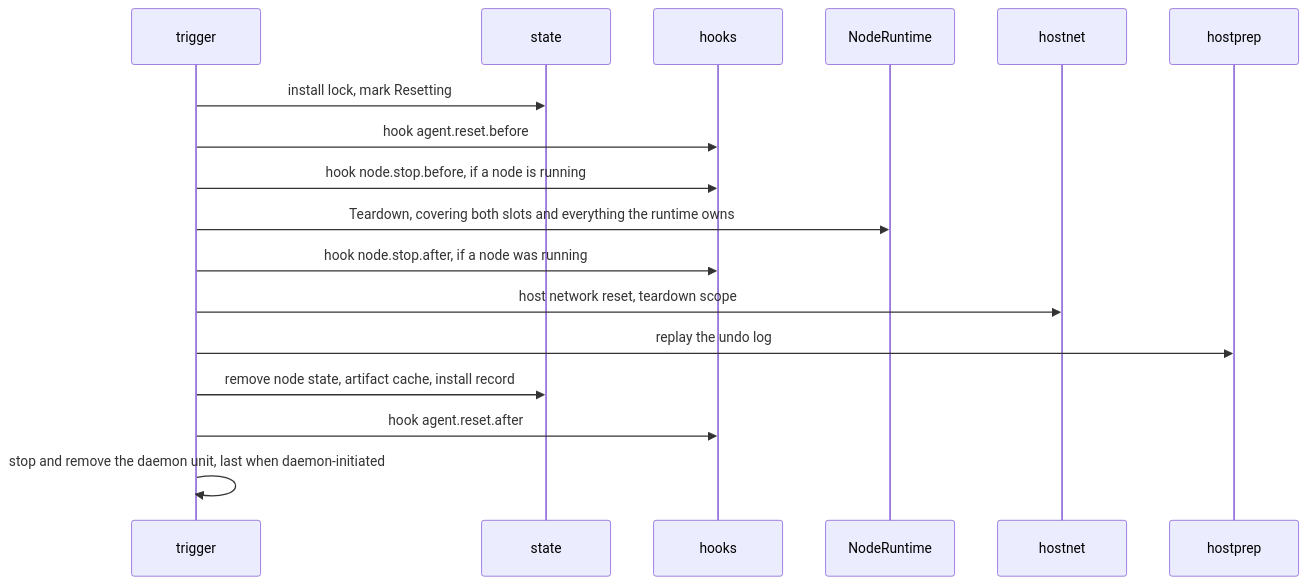
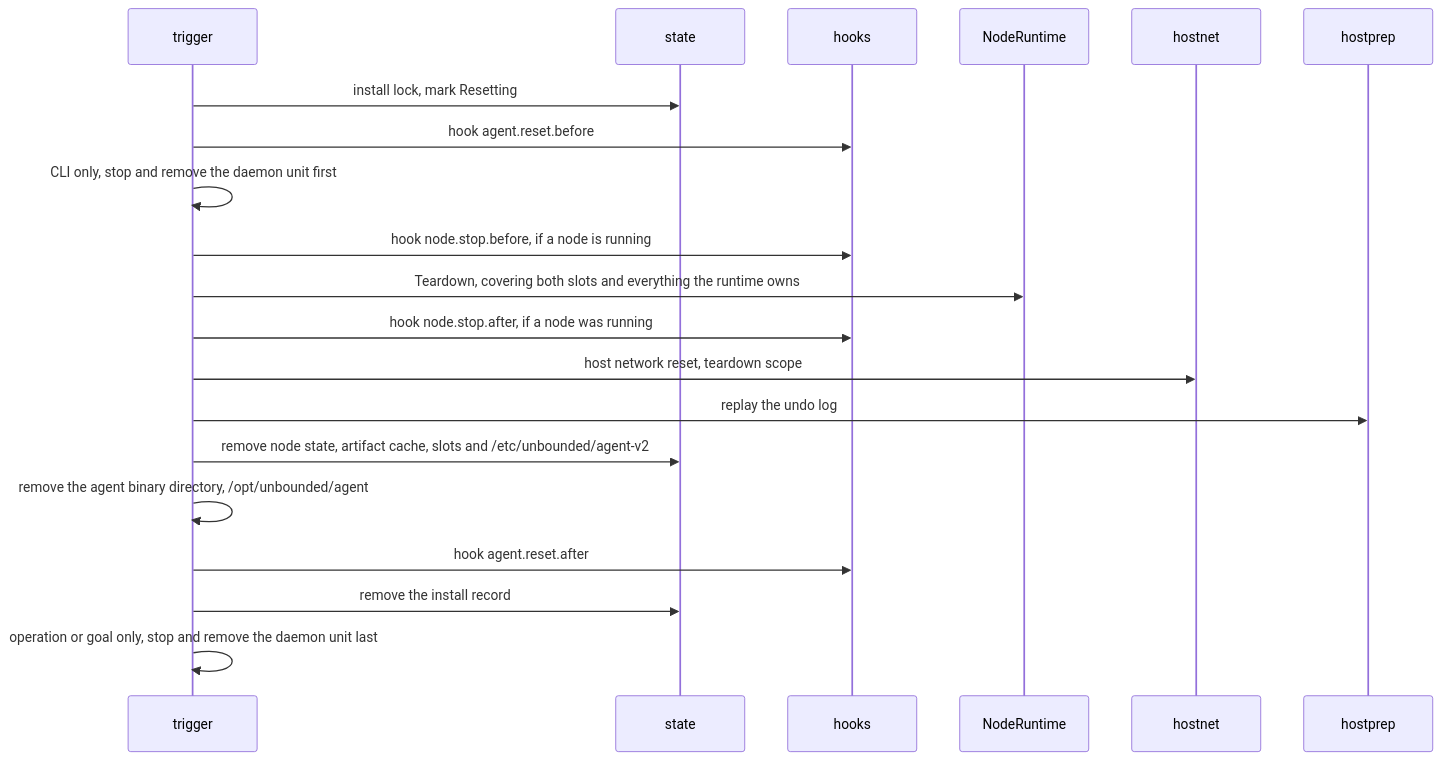
Before and after one commit to Azure/unbounded: the ninth of 9 diagrams in designs/agent-v2.md, drawn with Mermaid. The commit also changed other lines of this file and 1 other file, not shown here.

````diff
--- a/designs/agent-v2.md
+++ b/designs/agent-v2.md
@@ -1400,19 +1534,22 @@
 ```mermaid
 sequenceDiagram
   participant T as trigger
   participant St as state
   participant Px as hooks
   participant RT as NodeRuntime
   participant HN as hostnet
   participant HP as hostprep
   T->>St: install lock, mark Resetting
   T->>Px: hook agent.reset.before
+  T->>T: CLI only, stop and remove the daemon unit first
   T->>Px: hook node.stop.before, if a node is running
   T->>RT: Teardown, covering both slots and everything the runtime owns
   T->>Px: hook node.stop.after, if a node was running
   T->>HN: host network reset, teardown scope
   T->>HP: replay the undo log
-  T->>St: remove node state, artifact cache, install record
+  T->>St: remove node state, artifact cache, slots and /etc/unbounded/agent-v2
+  T->>T: remove the agent binary directory, /opt/unbounded/agent
   T->>Px: hook agent.reset.after
-  T->>T: stop and remove the daemon unit, last when daemon-initiated
+  T->>St: remove the install record
+  T->>T: operation or goal only, stop and remove the daemon unit last
 ```
````
